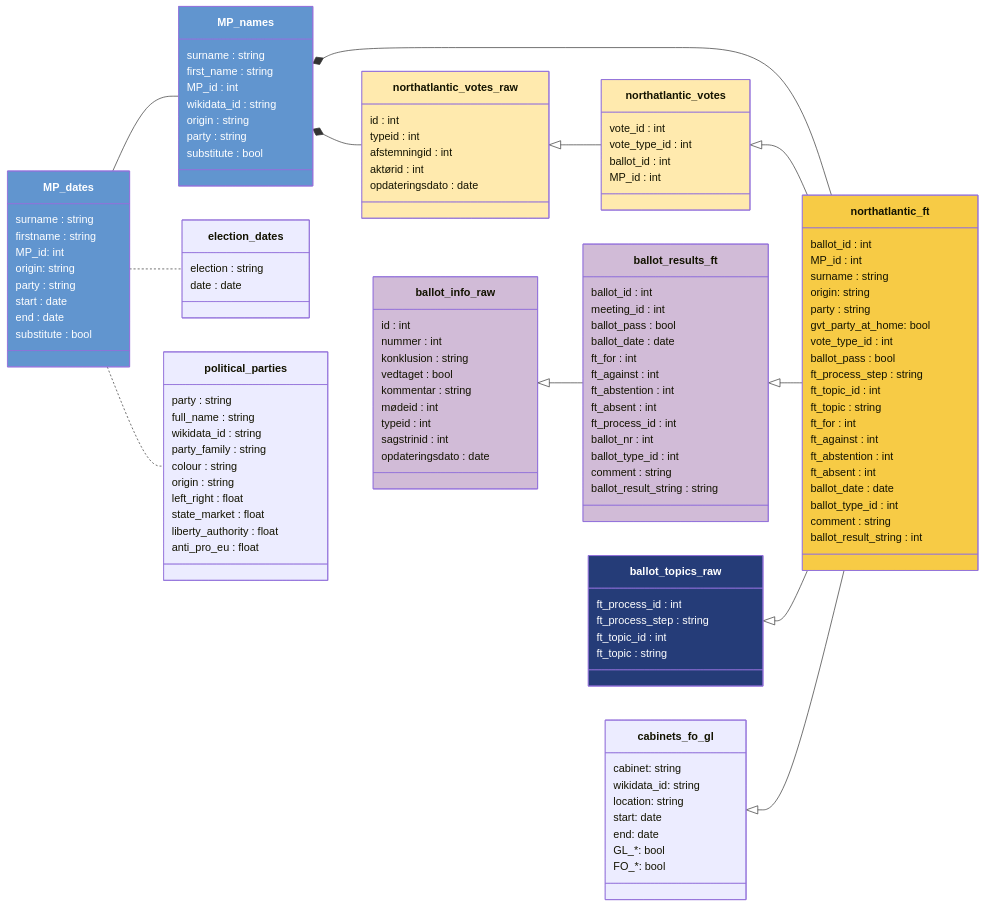
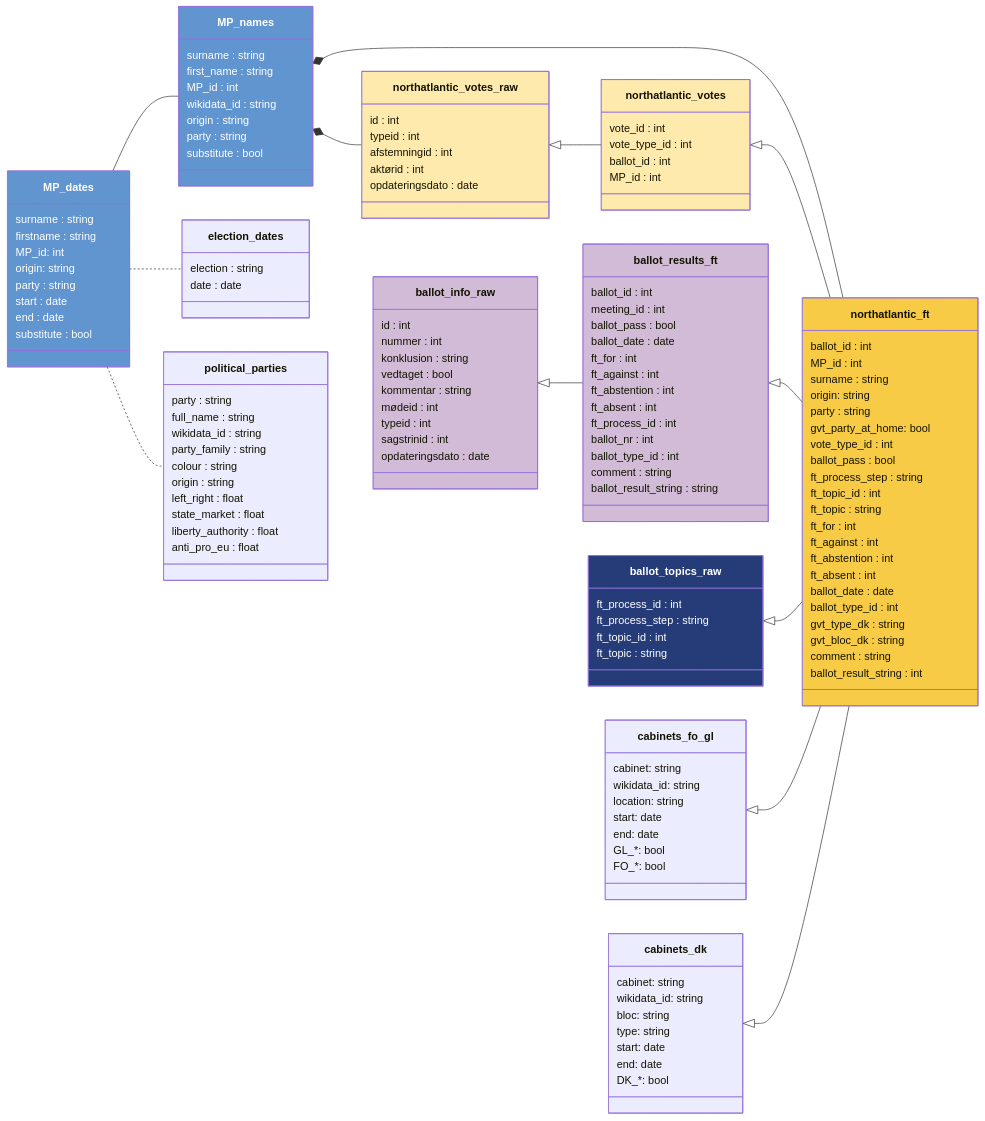
Before and after one commit to mtwente/nordatlantisk-ft: the diagram in docs/codebook.qmd, drawn with Mermaid. The commit also changed other lines of this file, not shown here.

Commit message:
docs: add DK cabinet data to codebook

````diff
--- a/docs/codebook.qmd
+++ b/docs/codebook.qmd
@@ -150,6 +158,7 @@
     ballot_info_raw <|-- ballot_results_ft
 
     cabinets_fo_gl <|-- northatlantic_ft
+    cabinets_dk <|-- northatlantic_ft
 
     class northatlantic_ft {
         ballot_id : int
@@ -169,6 +178,8 @@
         ft_absent : int
         ballot_date : date
         ballot_type_id : int
+        gvt_type_dk : string
+        gvt_bloc_dk : string
         comment : string
         ballot_result_string : int
     }
@@ -272,6 +283,16 @@
       FO_&ast;: bool
     }
 
+    class cabinets_dk {
+      cabinet: string
+      wikidata_id: string
+      bloc: string
+      type: string
+      start: date
+      end: date
+      DK_&ast;: bool
+    }
+
 style ballot_info_raw fill:#D1BBD7
 style ballot_results_ft fill:#D1BBD7
 
@@ -293,5 +314,6 @@
 click ballot_results_ft href "#ballot_results_ft" "tooltip"
 click ballot_topics_raw href "#ballot_topics_raw" "tooltip"
 click cabinets_fo_gl href "#cabinets_fo_gl" "tooltip"
+click cabinets_dk href "#cabinets_dk" "tooltip"
 click northatlantic_ft href "#northatlantic_ft" "tooltip"
 ```
````
